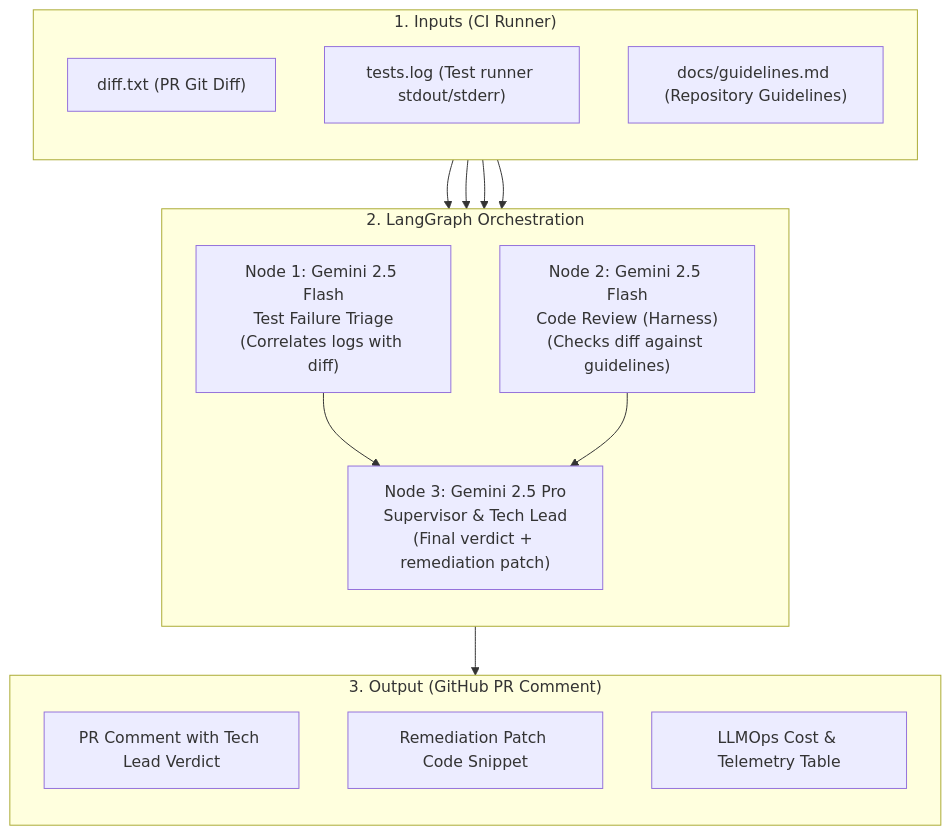
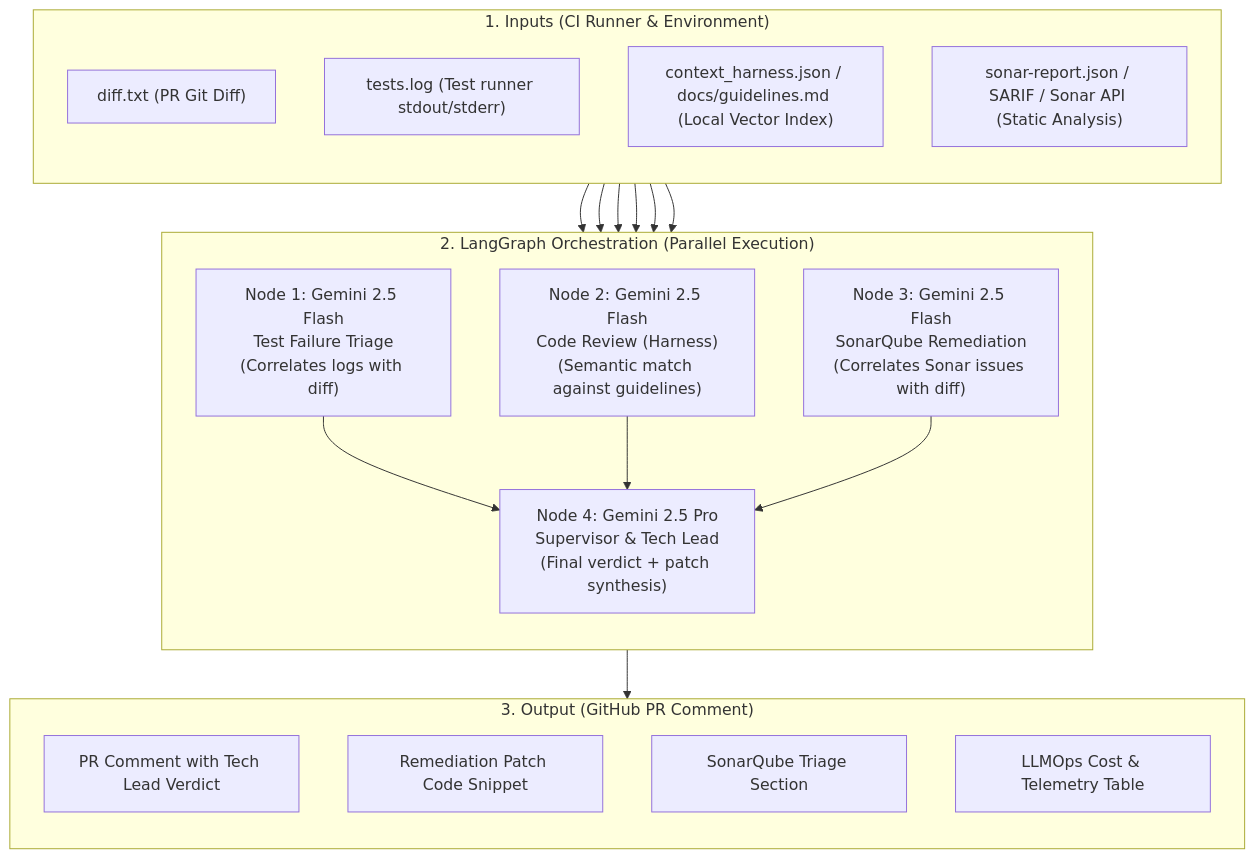
One commit to JPCalsavara/ai-gatekeeper changed the diagram in README.md. Above: the diagram before and after it, drawn with Mermaid. The commit also changed other lines of this file and 10 other files, not shown here.

Commit message:
feat: add local JSON vector embeddings for Context Harness and SonarQube integration

````diff
--- a/README.md
+++ b/README.md
@@ -15,32 +16,38 @@
 ```mermaid
 flowchart TD
-    subgraph Inputs["1. Inputs (CI Runner)"]
+    subgraph Inputs["1. Inputs (CI Runner & Environment)"]
         direction TB
         E1["diff.txt (PR Git Diff)"]
         E2["tests.log (Test runner stdout/stderr)"]
-        E3["docs/guidelines.md (Repository Guidelines)"]
+        E3["context_harness.json / docs/guidelines.md (Local Vector Index)"]
+        E4["sonar-report.json / SARIF / Sonar API (Static Analysis)"]
     end
 
-    subgraph LangGraph["2. LangGraph Orchestration"]
+    subgraph LangGraph["2. LangGraph Orchestration (Parallel Execution)"]
         direction TB
         N1["Node 1: Gemini 2.5 Flash\nTest Failure Triage\n(Correlates logs with diff)"]
-        N2["Node 2: Gemini 2.5 Flash\nCode Review (Harness)\n(Checks diff against guidelines)"]
-        N3["Node 3: Gemini 2.5 Pro\nSupervisor & Tech Lead\n(Final verdict + remediation patch)"]
+        N2["Node 2: Gemini 2.5 Flash\nCode Review (Harness)\n(Semantic match against guidelines)"]
+        N3["Node 3: Gemini 2.5 Flash\nSonarQube Remediation\n(Correlates Sonar issues with diff)"]
+        N4["Node 4: Gemini 2.5 Pro\nSupervisor & Tech Lead\n(Final verdict + patch synthesis)"]
 
-        N1 --> N3
-        N2 --> N3
+        N1 --> N4
+        N2 --> N4
+        N3 --> N4
     end
 
     subgraph Output["3. Output (GitHub PR Comment)"]
         direction TB
         O1["PR Comment with Tech Lead Verdict"]
         O2["Remediation Patch Code Snippet"]
-        O3["LLMOps Cost & Telemetry Table"]
+        O3["SonarQube Triage Section"]
+        O4["LLMOps Cost & Telemetry Table"]
     end
 
     E1 --> N1
     E2 --> N1
     E1 --> N2
     E3 --> N2
-    N3 --> Output
+    E1 --> N3
+    E4 --> N3
+    N4 --> Output
 ```
````
